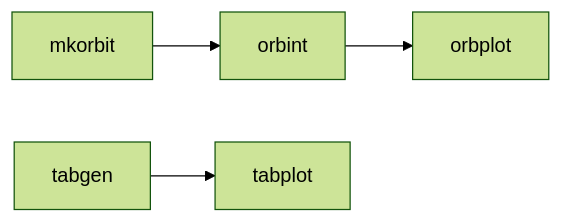
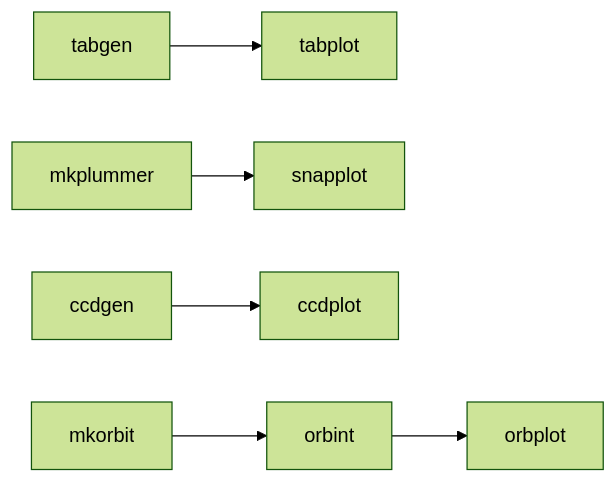
The diagram in README.md (teuben/nemo), drawn with Mermaid (forest theme) before and after one commit. The commit also changed other lines of this file, not shown here.

Commit message:
do all 4 pipes

````diff
--- a/README.md
+++ b/README.md
@@ -126,7 +121,11 @@
 ```mermaid
    graph LR;
-   A[mkorbit]-->B[orbint]
-   B-->C[orbplot]
+   A[tabgen]-->B[tabplot]
 
-   D[tabgen]-->E[tabplot]   
+   C[mkplummer]-->D[snapplot]
+
+   E[ccdgen]-->F[ccdplot]
+   
+   G[mkorbit]-->H[orbint]
+   H-->I[orbplot]
 ```
````
